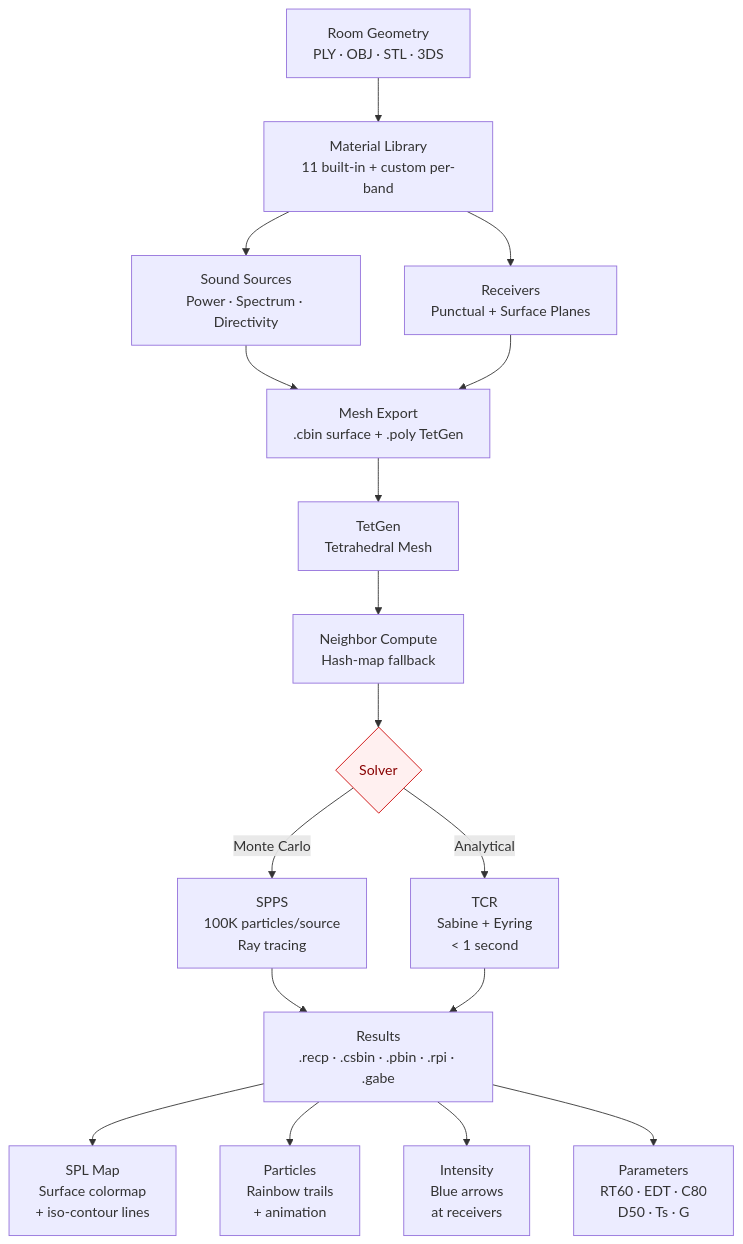
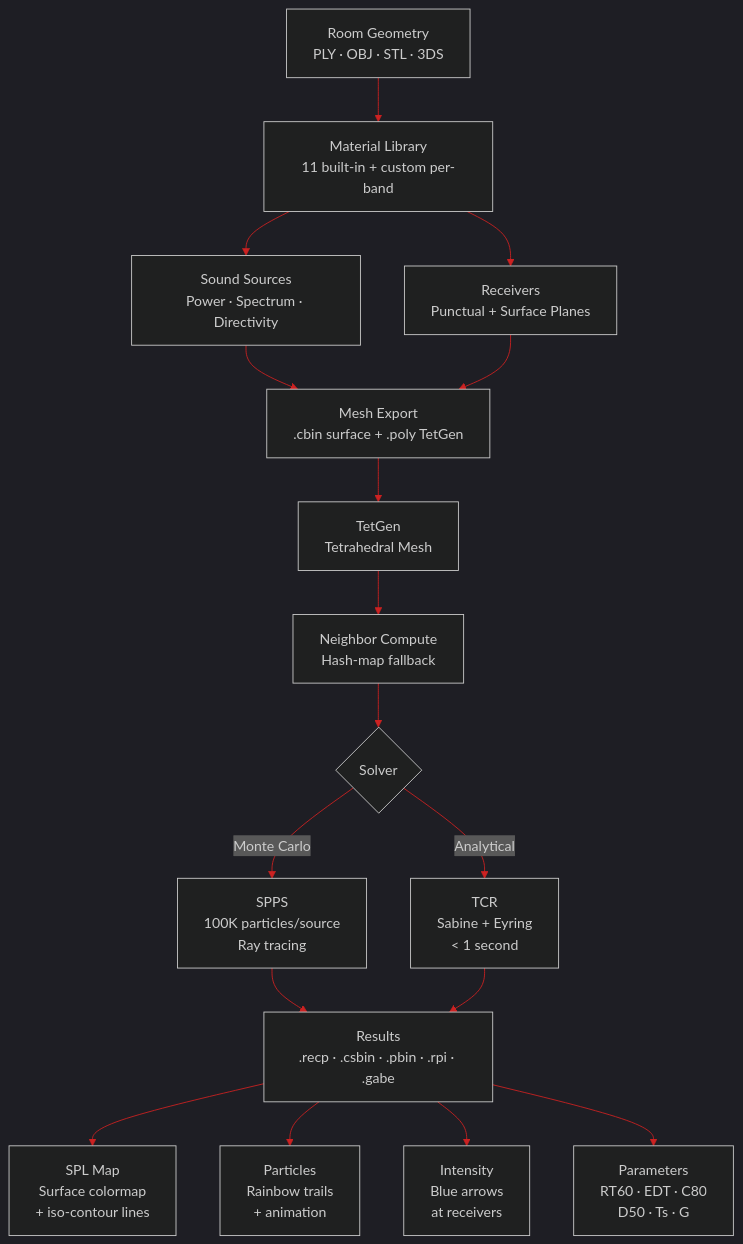
Before and after one commit to Burhanuddin98/I-Simpa_Night_Mode: the second of 2 diagrams in README.md, drawn with Mermaid. The commit also changed other lines of this file, not shown here.

Commit message:
Neon red Mermaid theme via init config (dark background + red accents)

````diff
--- a/README.md
+++ b/README.md
@@ -142,21 +143,20 @@
 ```mermaid
+%%{init: {'theme': 'dark', 'themeVariables': { 'primaryColor': '#330000', 'primaryTextColor': '#ff6666', 'primaryBorderColor': '#cc2222', 'lineColor': '#cc2222', 'secondaryColor': '#1a0000', 'tertiaryColor': '#0d0000' }}}%%
 flowchart TD
     A[Room Geometry<br/>PLY · OBJ · STL · 3DS] --> B[Material Library<br/>11 built-in + custom per-band]
     B --> C[Sound Sources<br/>Power · Spectrum · Directivity]
     B --> D[Receivers<br/>Punctual + Surface Planes]
     C --> E[Mesh Export<br/>.cbin surface + .poly TetGen]
     D --> E
     E --> F[TetGen<br/>Tetrahedral Mesh]
     F --> G[Neighbor Compute<br/>Hash-map fallback]
     G --> H{Solver}
     H -->|Monte Carlo| I[SPPS<br/>100K particles/source<br/>Ray tracing]
     H -->|Analytical| J[TCR<br/>Sabine + Eyring<br/>< 1 second]
     I --> K[Results<br/>.recp · .csbin · .pbin · .rpi · .gabe]
     J --> K
     K --> L[SPL Map<br/>Surface colormap<br/>+ iso-contour lines]
     K --> M[Particles<br/>Rainbow trails<br/>+ animation]
     K --> N[Intensity<br/>Blue arrows<br/>at receivers]
     K --> O[Parameters<br/>RT60 · EDT · C80<br/>D50 · Ts · G]
-
-    style H fill:#fff0f0,stroke:#cc0000,color:#880000
 ```
````
